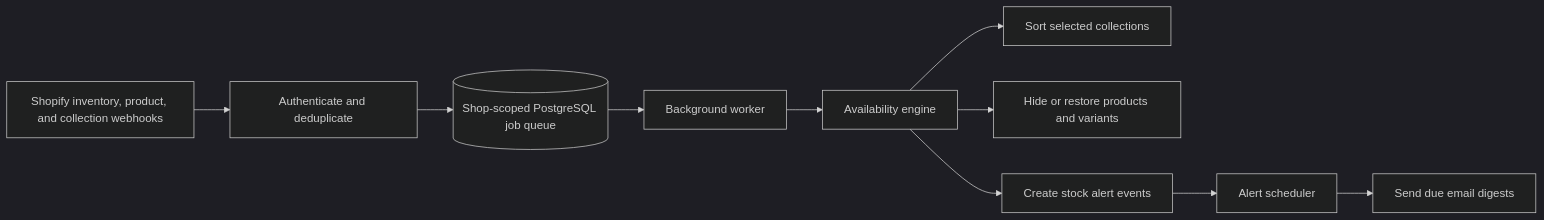
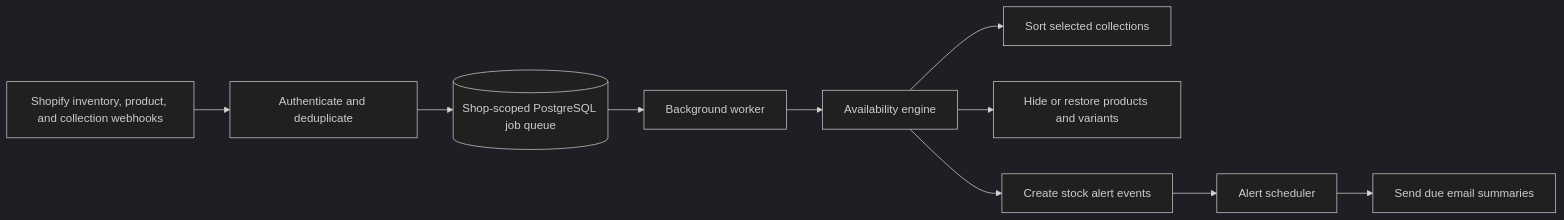
Before and after one commit to ahmar-js/inventex-shopify-app: the diagram in README.md, drawn with Mermaid (dark theme). The commit also changed other lines of this file and 12 other files, not shown here.

````diff
--- a/README.md
+++ b/README.md
@@ -32,12 +32,12 @@
 ```mermaid
 flowchart LR
     A[Shopify inventory, product, and collection webhooks] --> B[Authenticate and deduplicate]
     B --> C[(Shop-scoped PostgreSQL job queue)]
     C --> D[Background worker]
     D --> E[Availability engine]
     E --> F[Sort selected collections]
     E --> G[Hide or restore products and variants]
     E --> H[Create stock alert events]
-    I[Alert scheduler] --> J[Send due email digests]
+    I[Alert scheduler] --> J[Send due email summaries]
     H --> I
 ```
````
